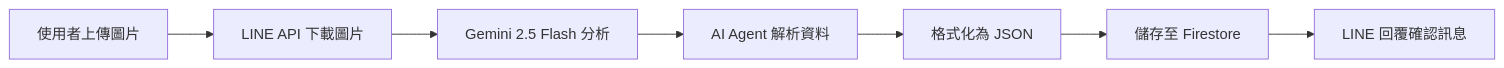
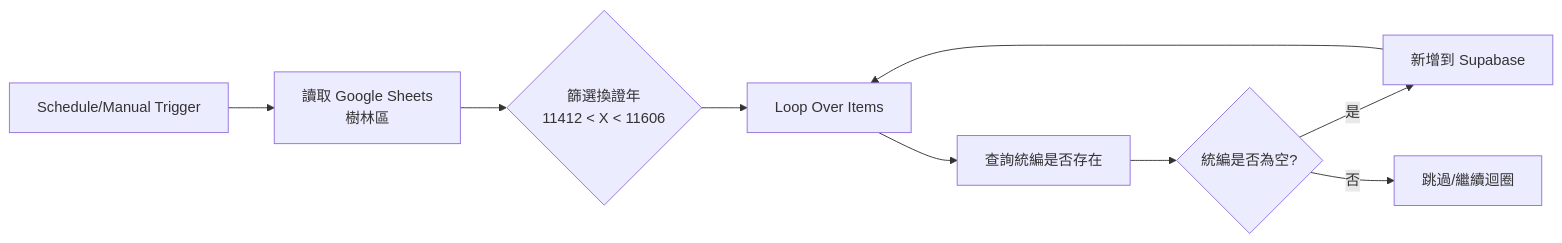
The first of 2 diagrams in README.md (nickleo051216/jetenv), drawn with Mermaid before and after one commit. The commit also changed other lines of this file and 1 other file, not shown here.

````diff
--- a/README.md
+++ b/README.md
@@ -57,9 +30,11 @@
 ```mermaid
 graph LR
-    A[使用者上傳圖片] --> B[LINE API 下載圖片]
-    B --> C[Gemini 2.5 Flash 分析]
-    C --> D[AI Agent 解析資料]
-    D --> E[格式化為 JSON]
-    E --> F[儲存至 Firestore]
-    F --> G[LINE 回覆確認訊息]
+    A[Schedule/Manual Trigger] --> B[讀取 Google Sheets<br>樹林區]
+    B --> C{篩選換證年<br>11412 < X < 11606}
+    C --> D[Loop Over Items]
+    D --> E[查詢統編是否存在]
+    E --> F{統編是否為空?}
+    F -->|是| G[新增到 Supabase]
+    F -->|否| H[跳過/繼續迴圈]
+    G --> D
 ```
````
